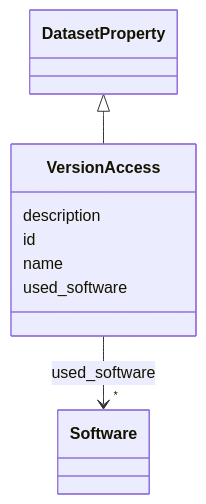
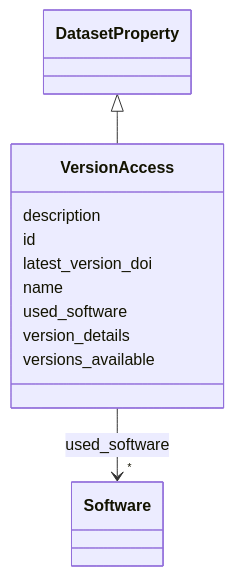
One commit to bridge2ai/data-sheets-schema changed the diagram in docs/VersionAccess.md. Above: the diagram before and after it, drawn with Mermaid. The commit also changed other lines of this file and 682 other files, not shown here.

````diff
--- a/docs/VersionAccess.md
+++ b/docs/VersionAccess.md
@@ -20,26 +20,32 @@
 ```mermaid
  classDiagram
     class VersionAccess
     click VersionAccess href "../VersionAccess/"
       DatasetProperty <|-- VersionAccess
         click DatasetProperty href "../DatasetProperty/"
       
       VersionAccess : description
         
       VersionAccess : id
+        
+      VersionAccess : latest_version_doi
         
       VersionAccess : name
         
       VersionAccess : used_software
         
           
     
         
         
         VersionAccess --> "*" Software : used_software
         click Software href "../Software/"
     
 
         
+      VersionAccess : version_details
+        
+      VersionAccess : versions_available
+        
       
 ```
````
